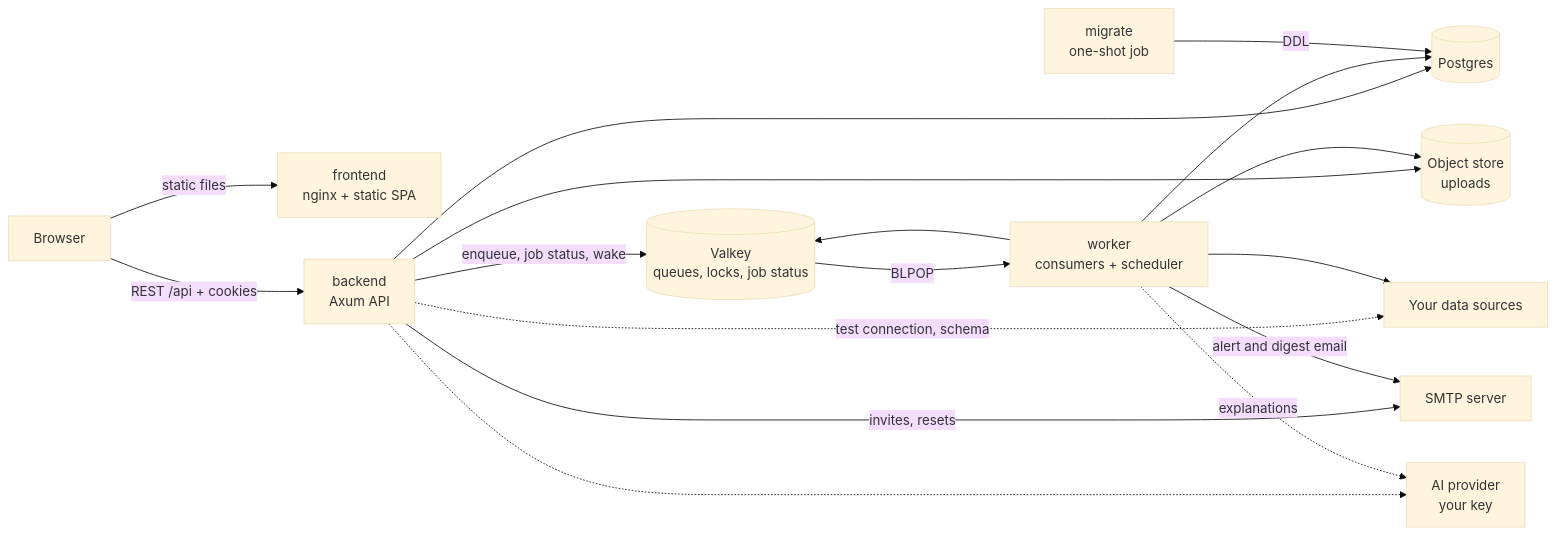
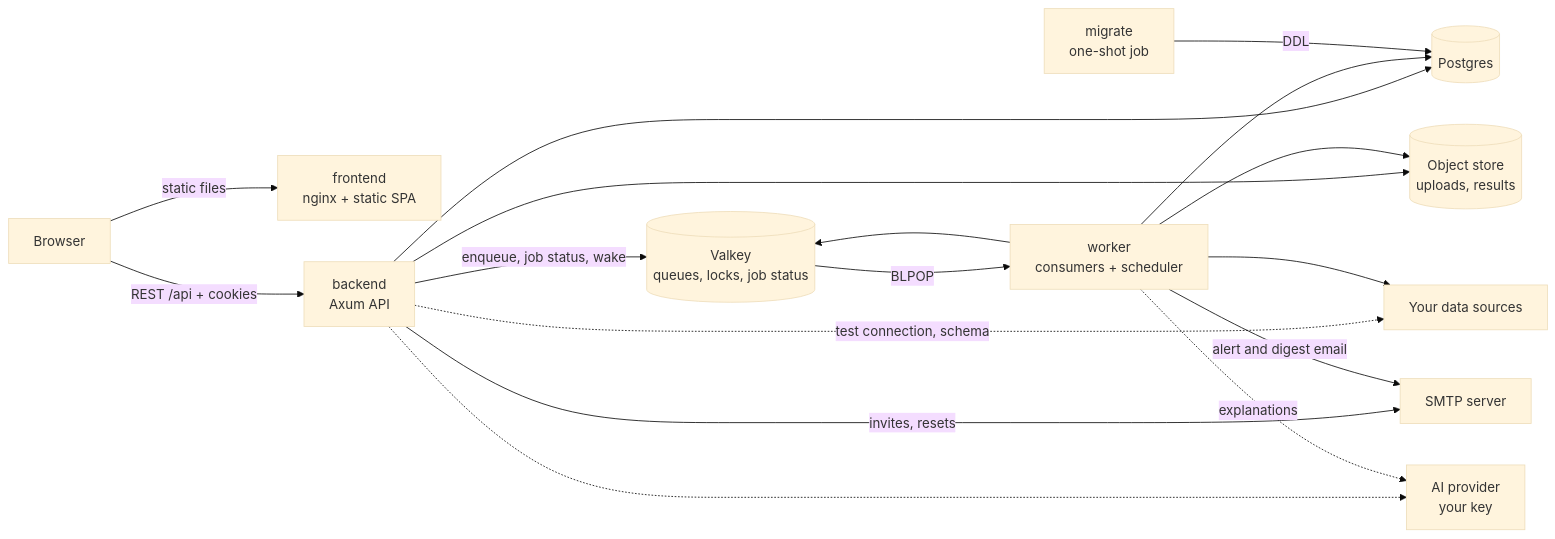
The first of 9 diagrams in ARCHITECTURE.md (arcodash/arcodash), drawn with Mermaid (base theme) before and after one commit. The commit also changed other lines of this file and 9 other files, not shown here.

````diff
--- a/ARCHITECTURE.md
+++ b/ARCHITECTURE.md
@@ -27,31 +27,31 @@
 ```mermaid
 flowchart LR
     Browser["Browser"]
     FE["frontend<br/>nginx + static SPA"]
     API["backend<br/>Axum API"]
     WRK["worker<br/>consumers + scheduler"]
     MIG["migrate<br/>one-shot job"]
     PG[("Postgres")]
     VK[("Valkey<br/>queues, locks, job status")]
-    OBJ[("Object store<br/>uploads")]
+    OBJ[("Object store<br/>uploads, results")]
     SMTP["SMTP server"]
     DS["Your data sources"]
     AI["AI provider<br/>your key"]
 
     Browser -->|"static files"| FE
     Browser -->|"REST /api + cookies"| API
     API --> PG
     API -->|"enqueue, job status, wake"| VK
     API --> OBJ
     API -->|"invites, resets"| SMTP
     API -.->|"test connection, schema"| DS
     API -.-> AI
     VK -->|"BLPOP"| WRK
     WRK --> PG
     WRK --> VK
     WRK --> DS
     WRK --> OBJ
     WRK -->|"alert and digest email"| SMTP
     WRK -.->|"explanations"| AI
     MIG -->|"DDL"| PG
 ```
````
